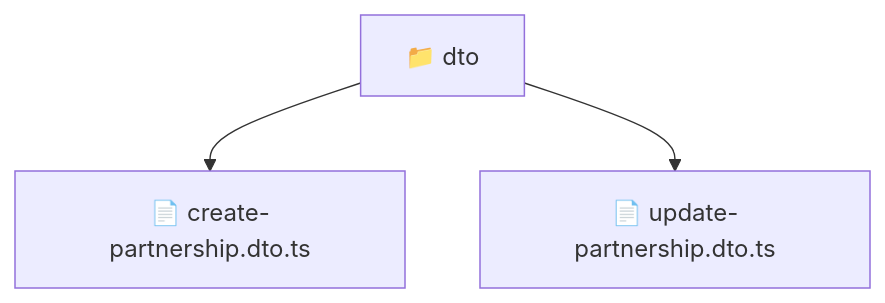
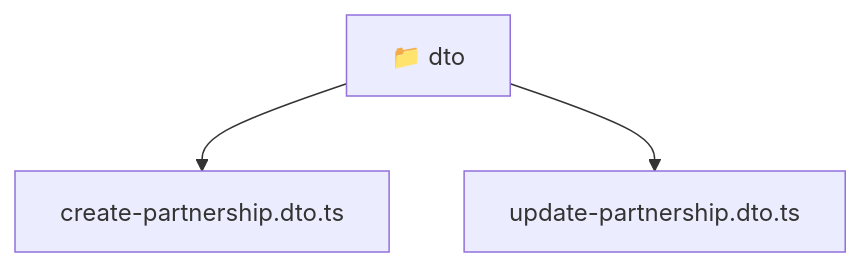
Before and after one commit to beginwebdev2002/fullstack-mavluda: the diagram in backend/src/modules/partnership/presentation/dto/README.md, drawn with Mermaid. The commit also changed other lines of this file and 167 other files, not shown here.

````diff
--- a/backend/src/modules/partnership/presentation/dto/README.md
+++ b/backend/src/modules/partnership/presentation/dto/README.md
@@ -9,6 +9,8 @@
 ```mermaid
 graph TD
-  Root["📁 dto"]
-  Root --> create_partnership_dto_ts["📄 create-partnership.dto.ts"]
-  Root --> update_partnership_dto_ts["📄 update-partnership.dto.ts"]
+  Root_dto["📁 dto"]
+  f_create_partnership_dto_ts["create-partnership.dto.ts"]
+  Root_dto --> f_create_partnership_dto_ts
+  f_update_partnership_dto_ts["update-partnership.dto.ts"]
+  Root_dto --> f_update_partnership_dto_ts
 ```
````
